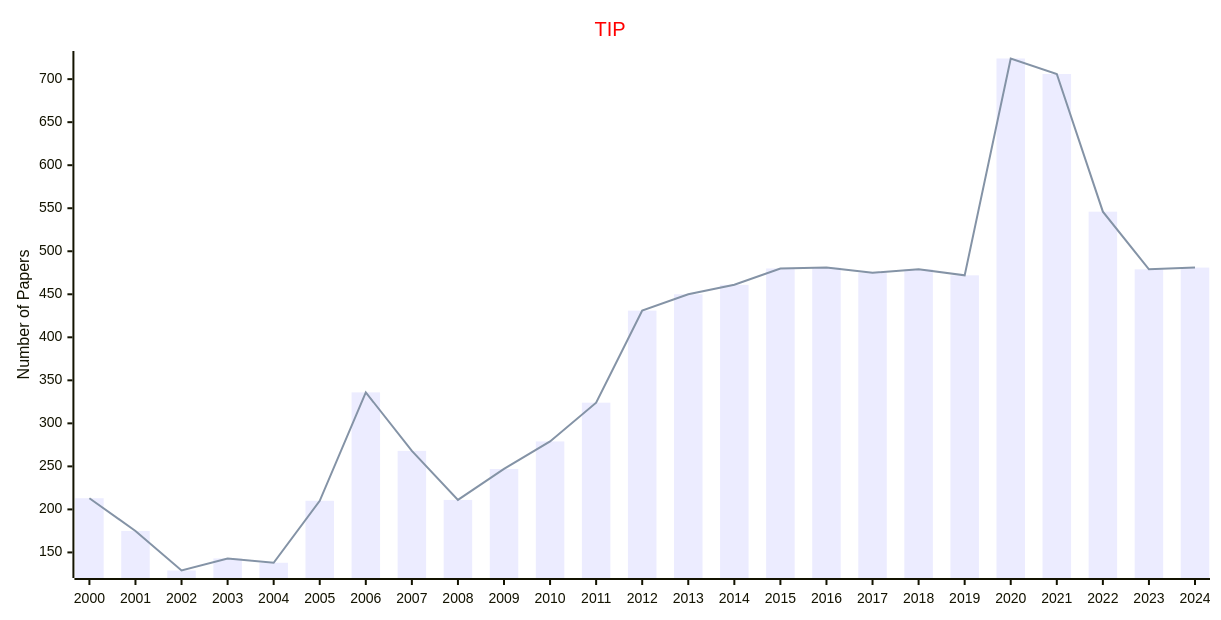
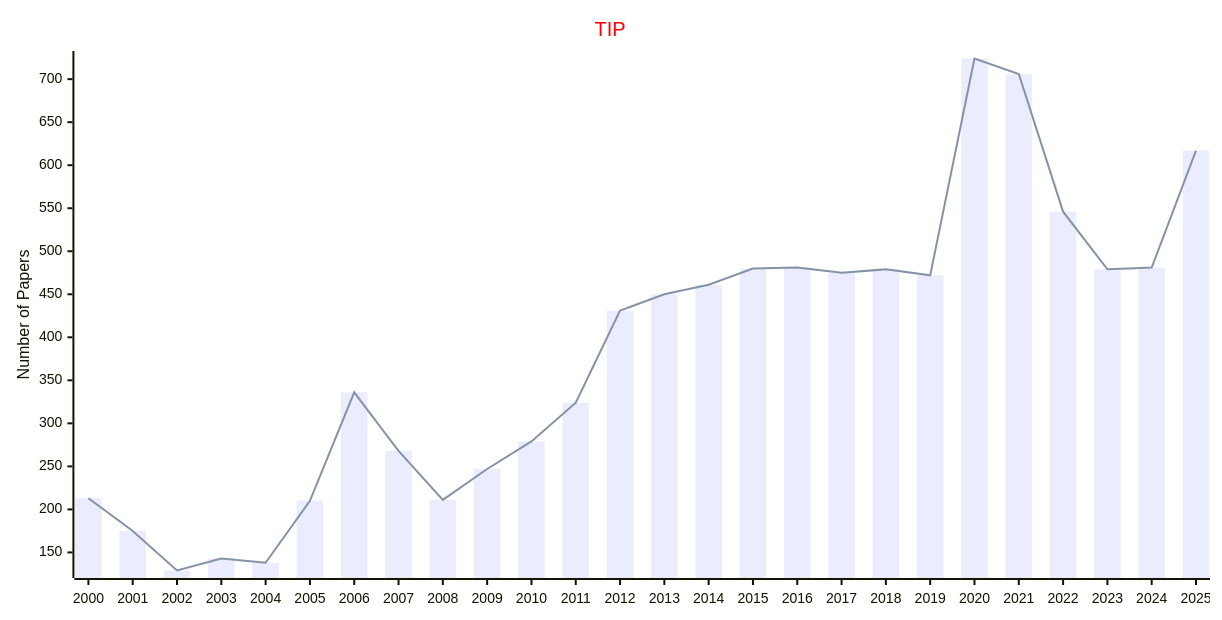
The second of 3 diagrams in docs/data/Journals/Statistics_Journals/Image_Processing.md (Easy-PhD/AILinks), drawn with Mermaid before and after one commit. The commit also changed other lines of this file and 107 other files, not shown here.

````diff
--- a/docs/data/Journals/Statistics_Journals/Image_Processing.md
+++ b/docs/data/Journals/Statistics_Journals/Image_Processing.md
@@ -33,17 +33,17 @@
 ```mermaid
 ---
 config:
     xyChart:
         width: 1200
         height: 600
     themeVariables:
         xyChart:
             titleColor: "#ff0000"
 ---
 xychart-beta
     title "TIP"
-    x-axis [2000, 2001, 2002, 2003, 2004, 2005, 2006, 2007, 2008, 2009, 2010, 2011, 2012, 2013, 2014, 2015, 2016, 2017, 2018, 2019, 2020, 2021, 2022, 2023, 2024]
+    x-axis [2000, 2001, 2002, 2003, 2004, 2005, 2006, 2007, 2008, 2009, 2010, 2011, 2012, 2013, 2014, 2015, 2016, 2017, 2018, 2019, 2020, 2021, 2022, 2023, 2024, 2025]
     y-axis "Number of Papers"
-    bar [213, 175, 129, 143, 138, 210, 336, 268, 211, 247, 279, 324, 431, 450, 461, 480, 481, 475, 479, 472, 724, 706, 546, 479, 481]
-    line [213, 175, 129, 143, 138, 210, 336, 268, 211, 247, 279, 324, 431, 450, 461, 480, 481, 475, 479, 472, 724, 706, 546, 479, 481]
+    bar [213, 175, 129, 143, 138, 210, 336, 268, 211, 247, 279, 324, 431, 450, 461, 480, 481, 475, 479, 472, 724, 706, 546, 479, 481, 617]
+    line [213, 175, 129, 143, 138, 210, 336, 268, 211, 247, 279, 324, 431, 450, 461, 480, 481, 475, 479, 472, 724, 706, 546, 479, 481, 617]
 ```
````
